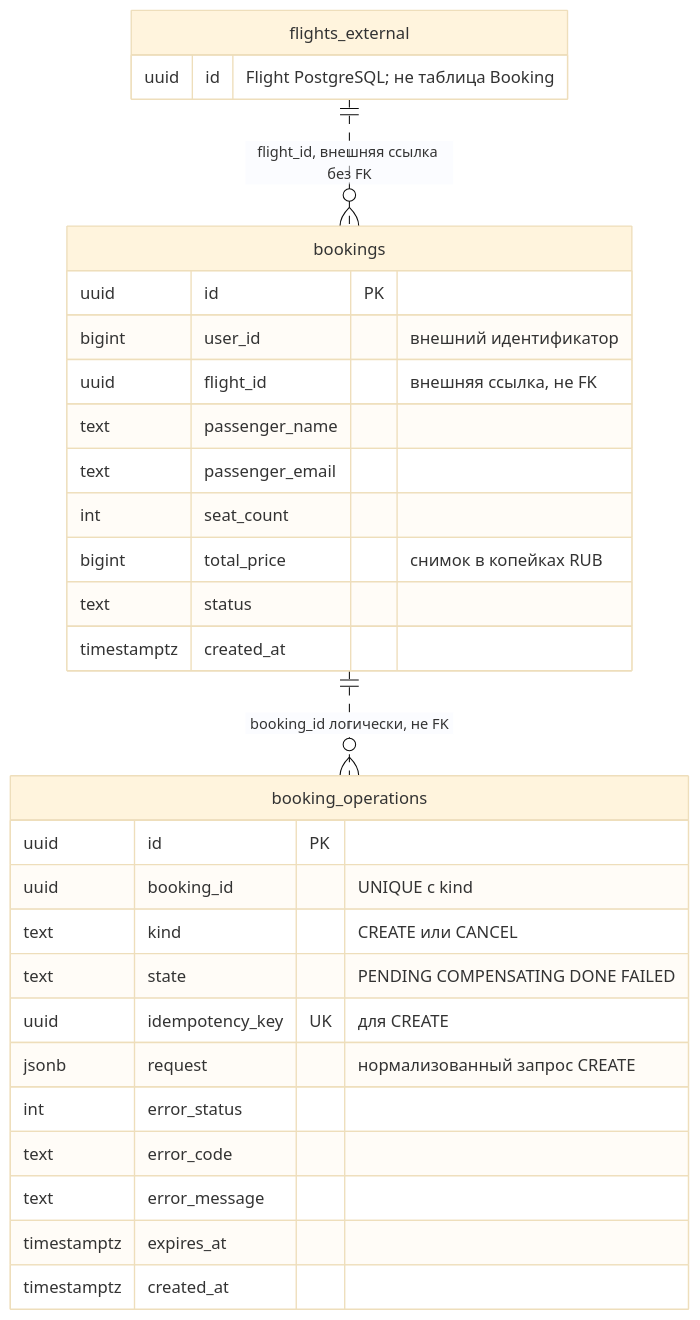
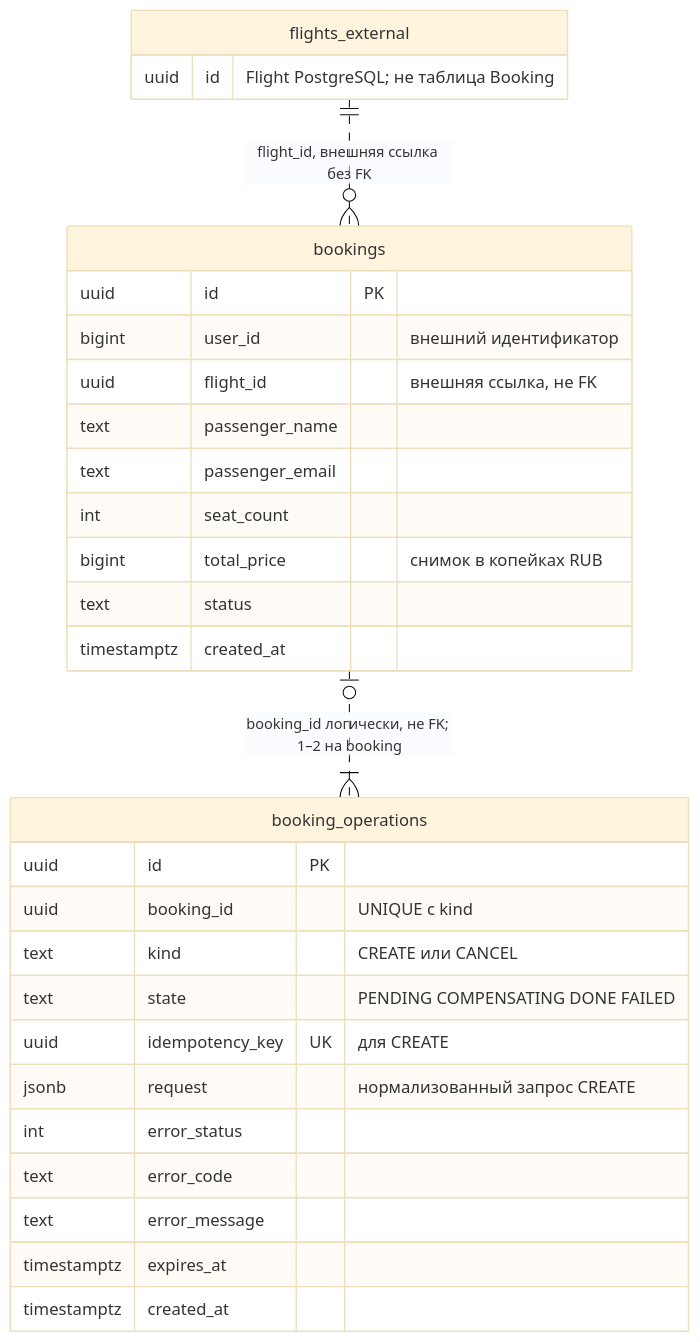
One commit to 4e6yPeK48/soa-flight-booking changed the third of 4 diagrams in docs/architecture.md. Above: the diagram before and after it, drawn with Mermaid (base theme). The commit also changed other lines of this file and 4 other files, not shown here.

````diff
--- a/docs/architecture.md
+++ b/docs/architecture.md
@@ -77,32 +77,32 @@
 ```mermaid
 erDiagram
-    bookings ||..o{ booking_operations : "booking_id логически, не FK"
+    bookings o|..|{ booking_operations : "booking_id логически, не FK; 1–2 на booking"
     flights_external ||..o{ bookings : "flight_id, внешняя ссылка без FK"
     flights_external {
         uuid id "Flight PostgreSQL; не таблица Booking"
     }
     bookings {
         uuid id PK
         bigint user_id "внешний идентификатор"
         uuid flight_id "внешняя ссылка, не FK"
         text passenger_name
         text passenger_email
         int seat_count
         bigint total_price "снимок в копейках RUB"
         text status
         timestamptz created_at
     }
     booking_operations {
         uuid id PK
         uuid booking_id "UNIQUE с kind"
         text kind "CREATE или CANCEL"
         text state "PENDING COMPENSATING DONE FAILED"
         uuid idempotency_key UK "для CREATE"
         jsonb request "нормализованный запрос CREATE"
         int error_status
         text error_code
         text error_message
         timestamptz expires_at
         timestamptz created_at
     }
 ```
````
